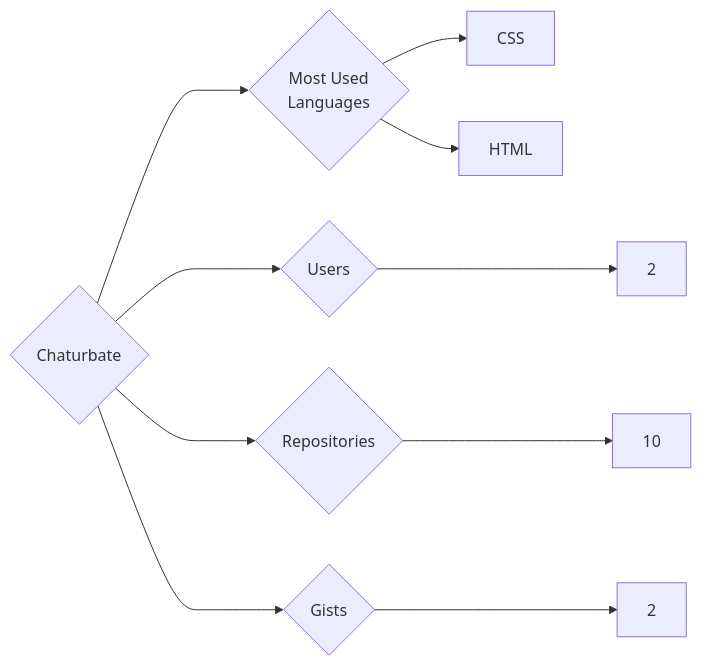
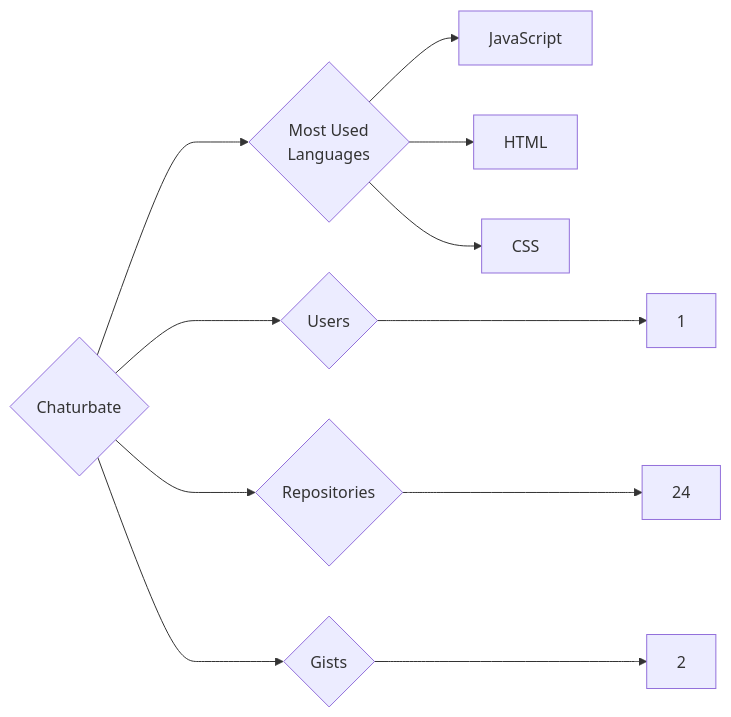
One commit to trickest/insiders changed the diagram in targets/Chaturbate/README.md. Above: the diagram before and after it, drawn with Mermaid. The commit also changed 657 other files, not shown here.

````diff
--- a/targets/Chaturbate/README.md
+++ b/targets/Chaturbate/README.md
@@ -3,10 +3,11 @@
 ```mermaid
 graph LR
 COMPANY_NAME{Chaturbate}
-COMPANY_NAME ---> U{Users} ---> UN[2]
-COMPANY_NAME ---> R{Repositories} ---> RN[10]
+COMPANY_NAME ---> U{Users} ---> UN[1]
+COMPANY_NAME ---> R{Repositories} ---> RN[24]
 COMPANY_NAME ---> G{Gists} ---> GN[2]
 COMPANY_NAME ---> ML{Most Used<br>Languages}
+ML --> JavaScript[JavaScript]
+ML --> HTML[HTML]
 ML --> CSS[CSS]
-ML --> HTML[HTML]
 ```
````
